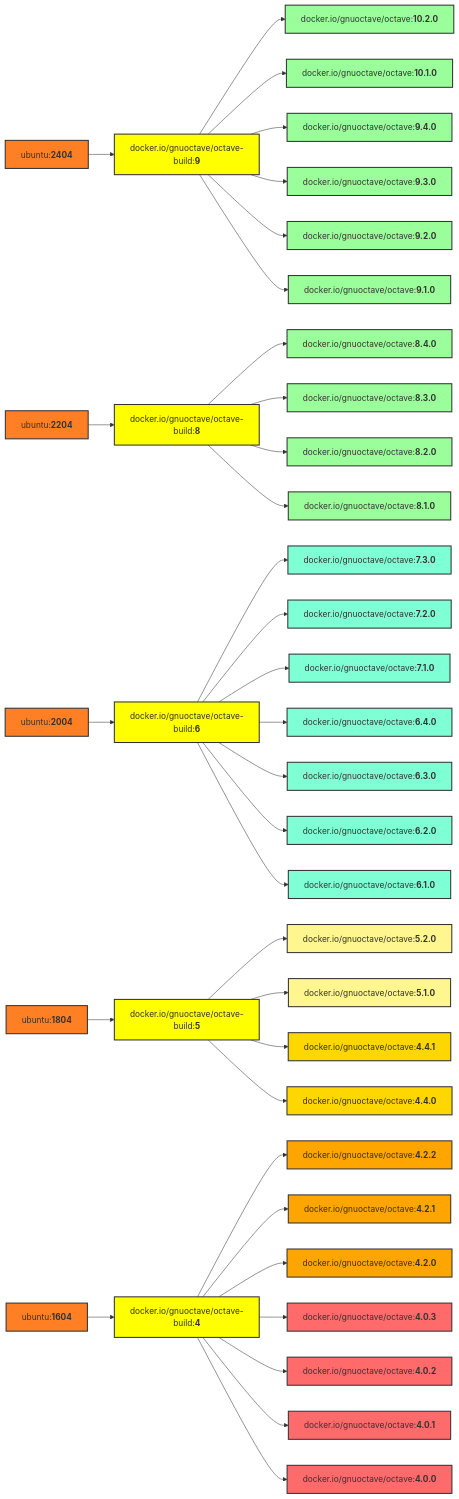
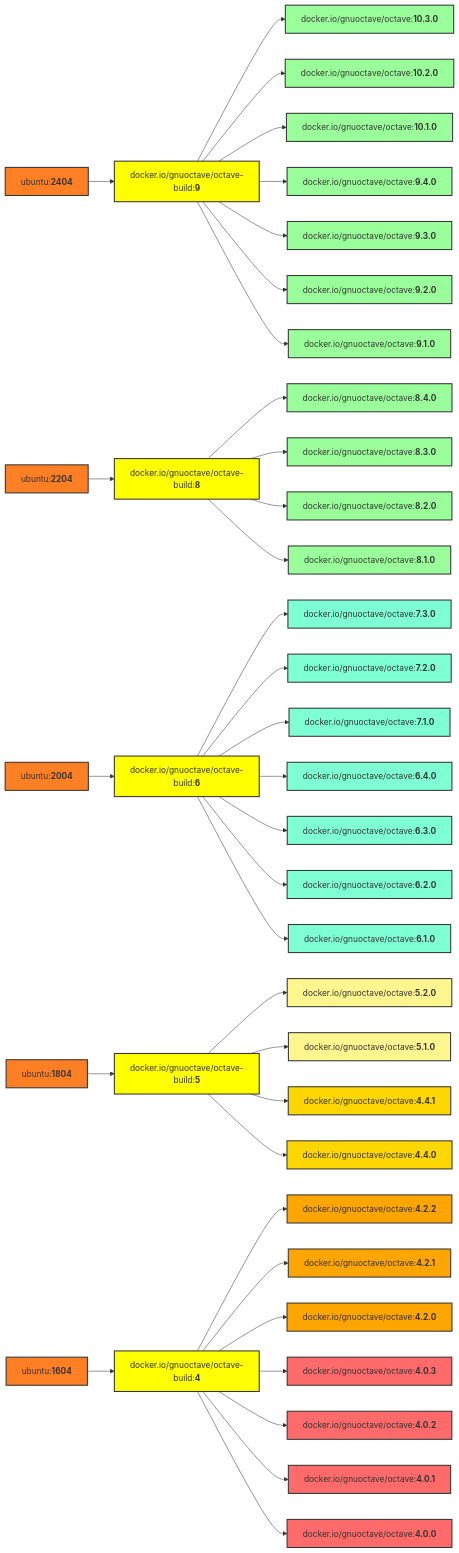
Before and after one commit to gnu-octave/docker: the diagram in README.md, drawn with Mermaid. The commit also changed other lines of this file and 2 other files, not shown here.

Commit message:
GNU Octave 10.3.0 release (2025-09-23)

```diff
--- a/README.md
+++ b/README.md
@@ -134,6 +134,7 @@
     U3[ubuntu:<b>2004</b>] --> b6[docker.io/gnuoctave/octave-build:<b>6</b>];
     U2[ubuntu:<b>1804</b>] --> b5[docker.io/gnuoctave/octave-build:<b>5</b>];
     U1[ubuntu:<b>1604</b>] --> b4[docker.io/gnuoctave/octave-build:<b>4</b>];
+    b9 --> v1030[docker.io/gnuoctave/octave:<b>10.3.0</b>];
     b9 --> v1020[docker.io/gnuoctave/octave:<b>10.2.0</b>];
     b9 --> v1010[docker.io/gnuoctave/octave:<b>10.1.0</b>];
     b9 --> v940[docker.io/gnuoctave/octave:<b>9.4.0</b>];
@@ -180,6 +181,7 @@
     classDef age4 fill:#ffd700,stroke:#333,stroke-width:2px;
     classDef age5 fill:#ffa500,stroke:#333,stroke-width:2px;
     classDef age6 fill:#ff6a6a,stroke:#333,stroke-width:2px;
+    class v1030 age1;
     class v1020 age1;
     class v1010 age1;
     class v940 age1;
```
